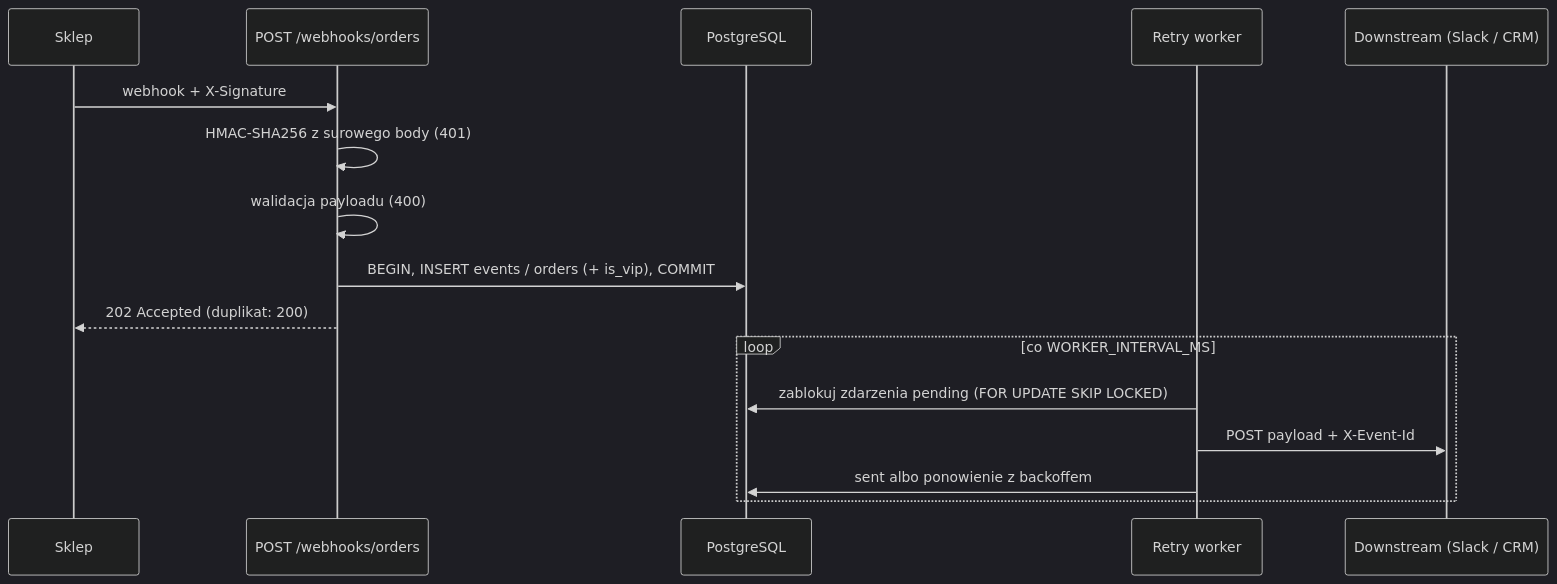
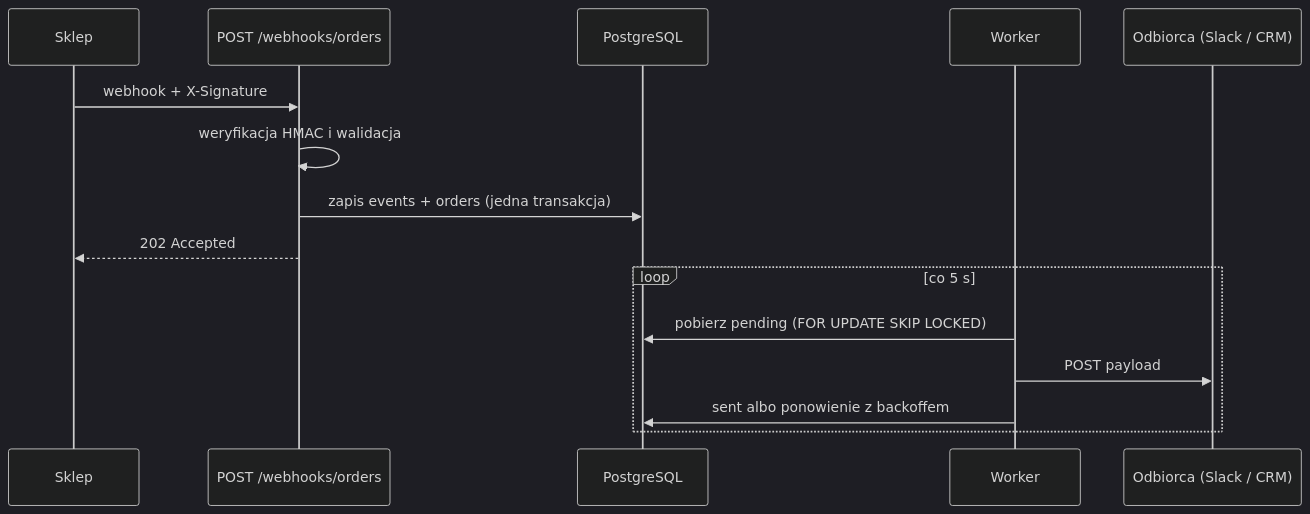
Before and after one commit to kamilszwaradzki/order-webhook-relay: the diagram in README.md, drawn with Mermaid (dark theme). The commit also changed other lines of this file, not shown here.

````diff
--- a/README.md
+++ b/README.md
@@ -11,19 +11,18 @@
 ```mermaid
 sequenceDiagram
     participant Shop as Sklep
     participant API as POST /webhooks/orders
     participant DB as PostgreSQL
-    participant W as Retry worker
-    participant D as Downstream (Slack / CRM)
+    participant W as Worker
+    participant D as Odbiorca (Slack / CRM)
 
     Shop->>API: webhook + X-Signature
-    API->>API: HMAC-SHA256 z surowego body (401)
-    API->>API: walidacja payloadu (400)
-    API->>DB: BEGIN, INSERT events / orders (+ is_vip), COMMIT
-    API-->>Shop: 202 Accepted (duplikat: 200)
-    loop co WORKER_INTERVAL_MS
-        W->>DB: zablokuj zdarzenia pending (FOR UPDATE SKIP LOCKED)
-        W->>D: POST payload + X-Event-Id
+    API->>API: weryfikacja HMAC i walidacja
+    API->>DB: zapis events + orders (jedna transakcja)
+    API-->>Shop: 202 Accepted
+    loop co 5 s
+        W->>DB: pobierz pending (FOR UPDATE SKIP LOCKED)
+        W->>D: POST payload
         W->>DB: sent albo ponowienie z backoffem
     end
 ```
````
